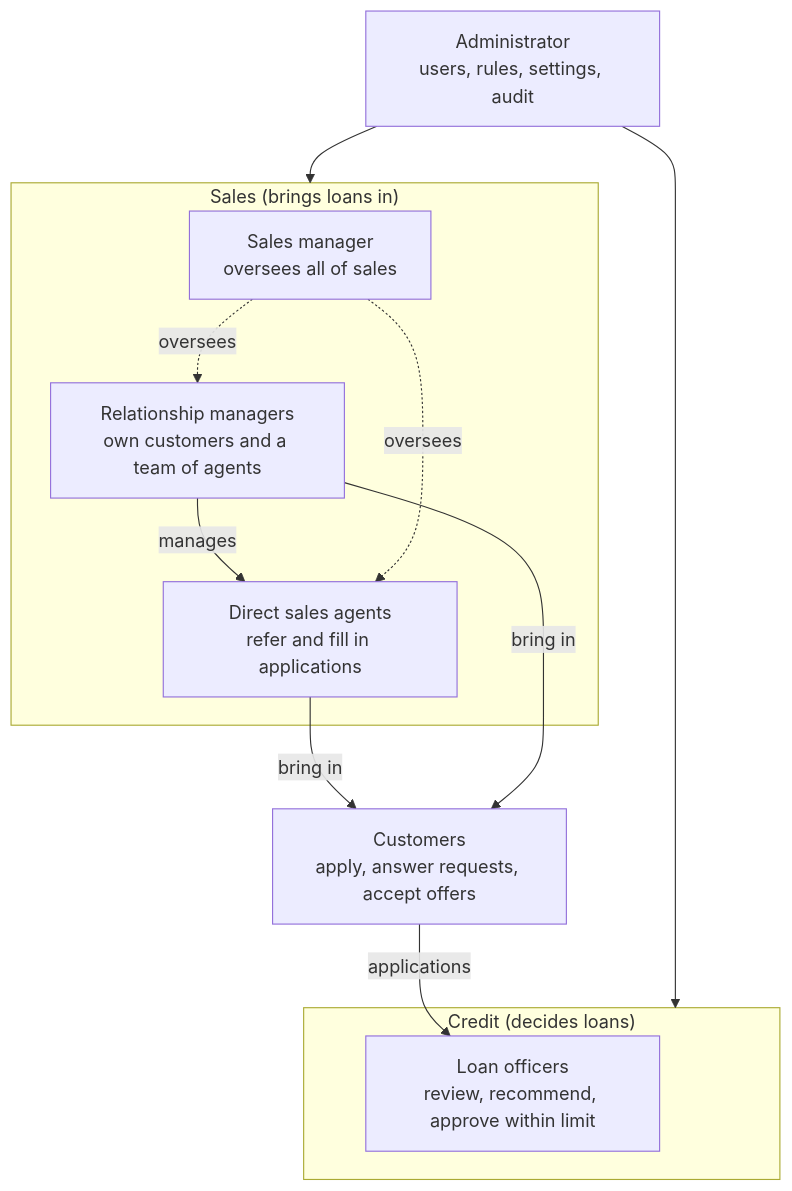
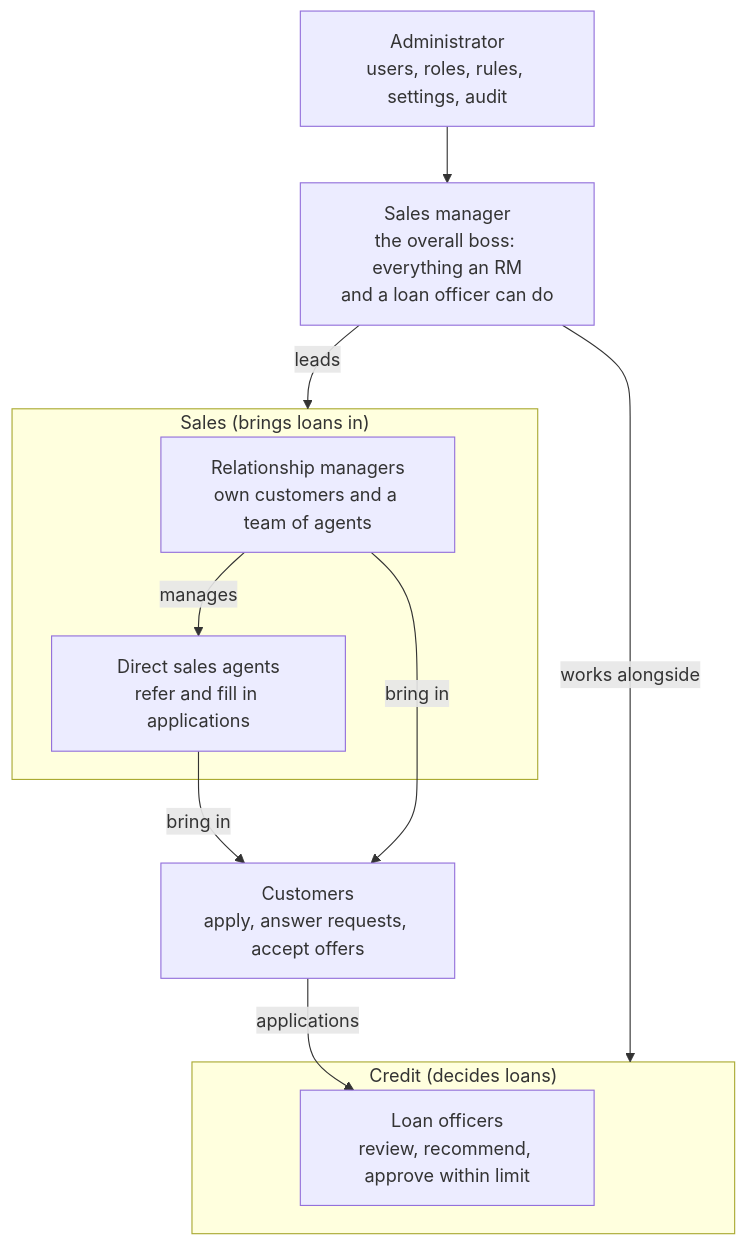
The sixth of 6 diagrams in README.md (Izyane-InovSolutions/lms-loan-application), drawn with Mermaid before and after one commit. The commit also changed other lines of this file and 91 other files, not shown here.

````diff
--- a/README.md
+++ b/README.md
@@ -312,21 +430,20 @@
 ```mermaid
 flowchart TB
-    ADM["Administrator<br/>users, rules, settings, audit"]
+    ADM["Administrator<br/>users, roles, rules, settings, audit"]
+    SM["Sales manager<br/>the overall boss: everything an RM<br/>and a loan officer can do"]
     subgraph CreditTeam["Credit (decides loans)"]
         LO["Loan officers<br/>review, recommend, approve within limit"]
     end
     subgraph SalesTeam["Sales (brings loans in)"]
-        SM["Sales manager<br/>oversees all of sales"]
         RM["Relationship managers<br/>own customers and a team of agents"]
         DSA["Direct sales agents<br/>refer and fill in applications"]
         RM -->|manages| DSA
     end
     CUS["Customers<br/>apply, answer requests, accept offers"]
-    ADM --> CreditTeam
-    ADM --> SalesTeam
-    SM -.->|oversees| RM
-    SM -.->|oversees| DSA
+    ADM --> SM
+    SM -->|leads| SalesTeam
+    SM -->|works alongside| CreditTeam
     DSA -->|bring in| CUS
     RM -->|bring in| CUS
     CUS -->|applications| LO
 ```
````
